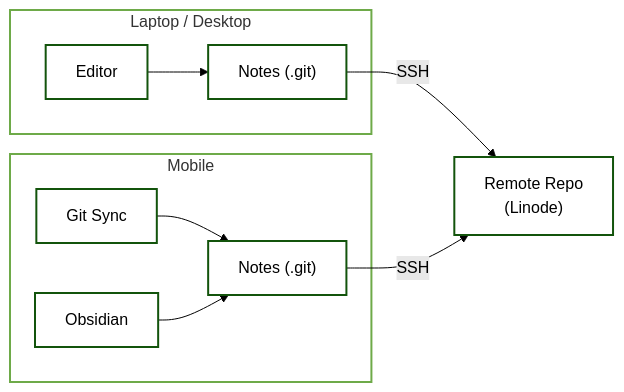
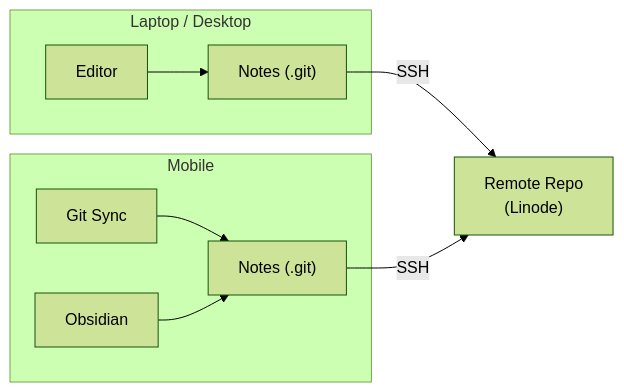
The second of 2 diagrams in _drafts/2025-12-04-note-taking-for-programmers-zk-vscode-vim.md (charnley/blog), drawn with Mermaid (forest theme) before and after one commit. The commit also changed other lines of this file and 2 other files, not shown here.

Commit message:
Set global mermaid style instead

````diff
--- a/_drafts/2025-12-04-note-taking-for-programmers-zk-vscode-vim.md
+++ b/_drafts/2025-12-04-note-taking-for-programmers-zk-vscode-vim.md
@@ -185,29 +181,23 @@
 ```mermaid
 flowchart LR
 
     subgraph Laptop["Laptop / Desktop"]
         LEditor["Editor"]
         LRepo["Notes (.git)"]
         LEditor --> LRepo
     end
 
     subgraph Mobile["Mobile"]
         GitSync["Git Sync"]
         Obsidian["Obsidian"]
         MRepo["Notes (.git)"]
         GitSync --> MRepo
         Obsidian --> MRepo
     end
 
     Remote["Remote Repo<br/>(Linode)"]
 
     LRepo -- SSH --> Remote
     MRepo -- SSH --> Remote
 
-
-    classDef default stroke-width:2px;
-    classDef default fill: transparent;
-    classDef ParentGraph fill: transparent, stroke-width:2px;
-    class Laptop,Mobile ParentGraph
-
 ```
````
